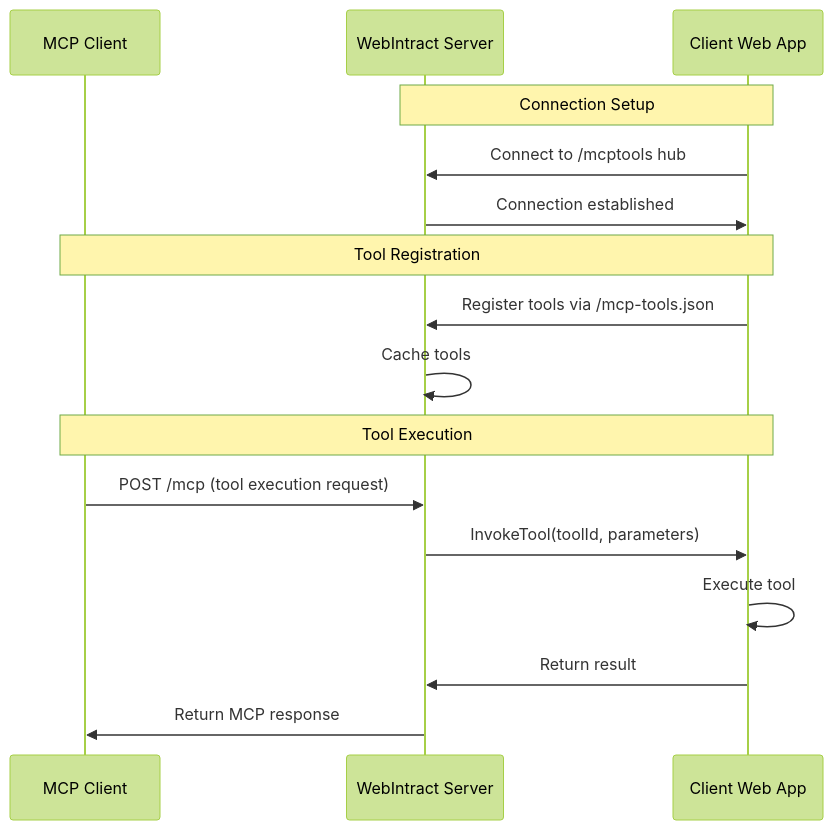
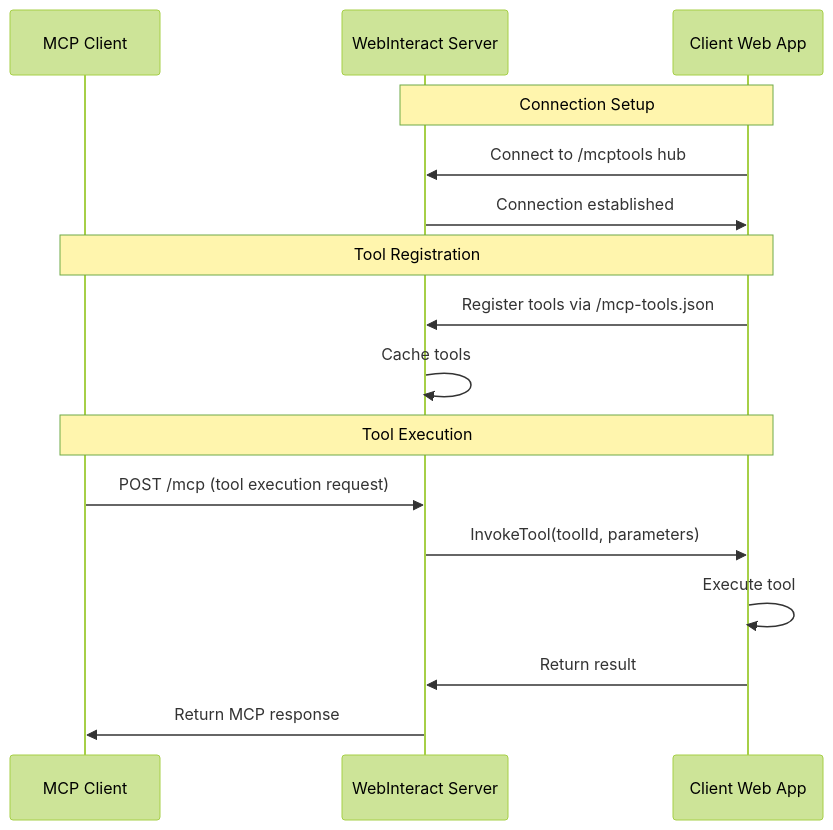
The second of 4 diagrams in server/README.md (Vijay-Nirmal/WebInteractMCP), drawn with Mermaid (forest theme) before and after one commit. The commit also changed other lines of this file and 89 other files, not shown here.

Commit message:
WebIntractMCP to WebInteractMCP (#16)

````diff
--- a/server/README.md
+++ b/server/README.md
@@ -121,21 +121,21 @@
 ```mermaid
 sequenceDiagram
     participant MCP as MCP Client
-    participant Server as WebIntract Server
+    participant Server as WebInteract Server
     participant WebApp as Client Web App
     
     Note over WebApp,Server: Connection Setup
     WebApp->>Server: Connect to /mcptools hub
     Server->>WebApp: Connection established
     
     Note over MCP,WebApp: Tool Registration
     WebApp->>Server: Register tools via /mcp-tools.json
     Server->>Server: Cache tools
     
     Note over MCP,WebApp: Tool Execution
     MCP->>Server: POST /mcp (tool execution request)
     Server->>WebApp: InvokeTool(toolId, parameters)
     WebApp->>WebApp: Execute tool
     WebApp->>Server: Return result
     Server->>MCP: Return MCP response
 ```
````
